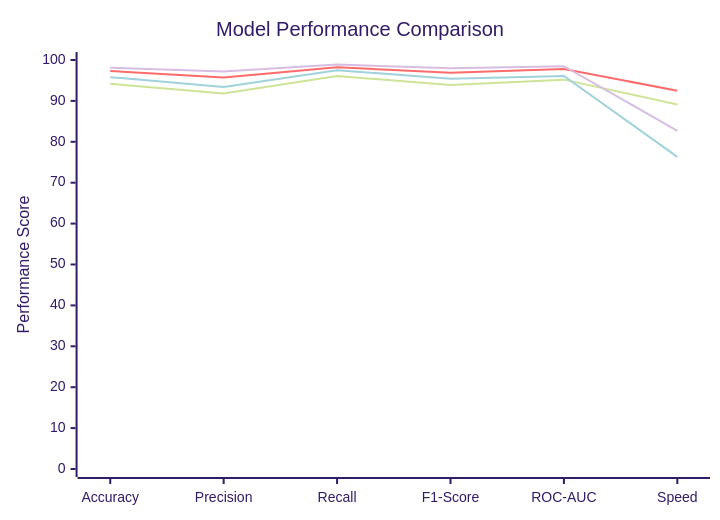
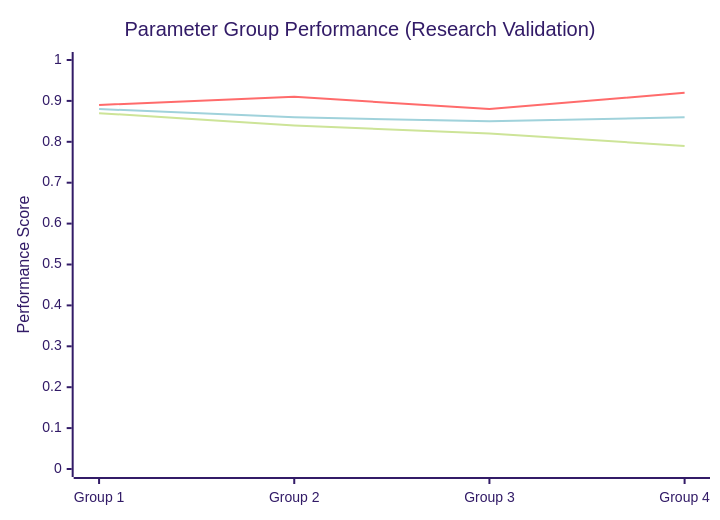
Before and after one commit to nes10r/BigDataProject: the fifth of 7 diagrams in MODEL_ANALYSIS.md, drawn with Mermaid (forest theme). The commit also changed other lines of this file and 1 other file, not shown here.

````diff
--- a/MODEL_ANALYSIS.md
+++ b/MODEL_ANALYSIS.md
@@ -305,10 +361,9 @@
 ```mermaid
 xychart-beta
-    title "Model Performance Comparison"
-    x-axis [Accuracy, Precision, Recall, F1-Score, ROC-AUC, Speed]
-    y-axis "Performance Score" 0 --> 100
-    line "Isolation Forest" [94.2, 91.8, 96.1, 93.9, 95.2, 89.1]
-    line "Random Forest" [97.3, 95.7, 98.2, 96.9, 97.8, 92.5]
-    line "LSTM" [95.8, 93.4, 97.5, 95.4, 96.1, 76.3]
-    line "Ensemble" [98.1, 97.2, 98.9, 98.0, 98.5, 82.7]
+    title "Parameter Group Performance (Research Validation)"
+    x-axis ["Group 1", "Group 2", "Group 3", "Group 4"]
+    y-axis "Performance Score" 0 --> 1
+    line "F1 Score" [0.87, 0.84, 0.82, 0.79]
+    line "Accuracy" [0.89, 0.91, 0.88, 0.92]
+    line "Recall" [0.88, 0.86, 0.85, 0.86]
 ```
````
